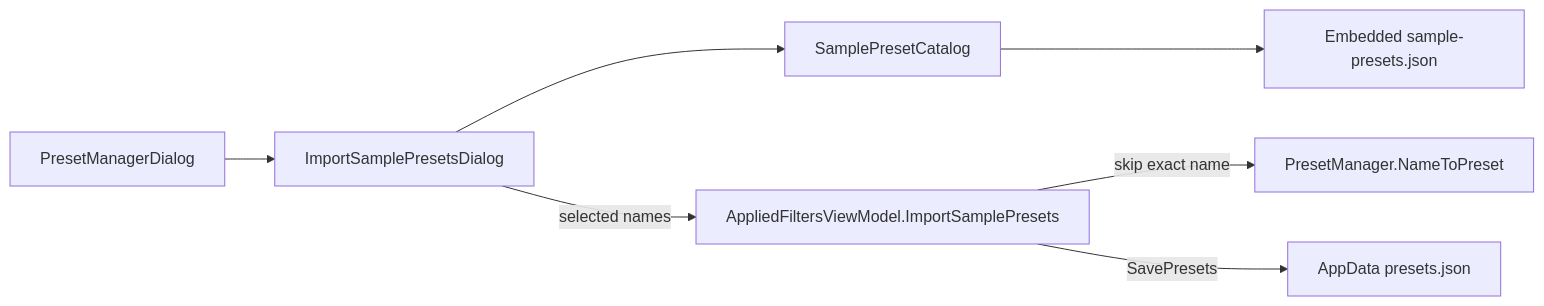
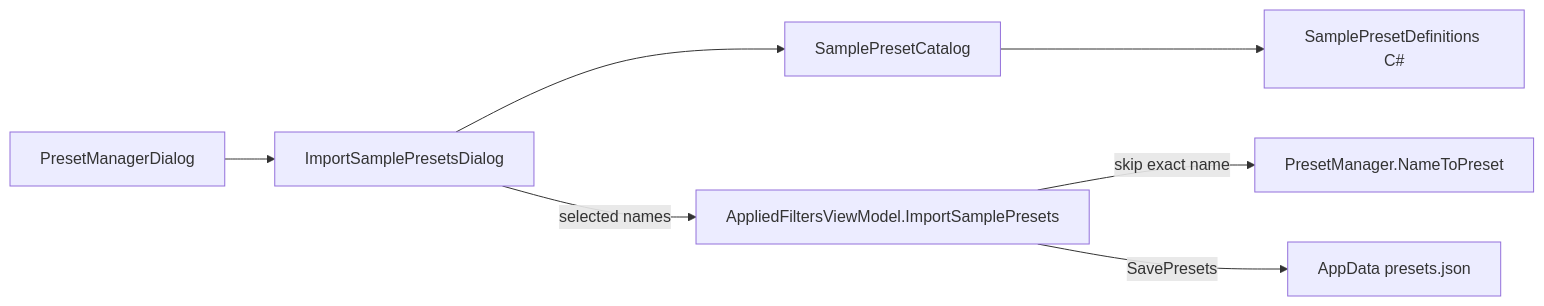
Before and after one commit to davidohana/finebytes: the diagram in docs/plans/sample-presets-import.plan.md, drawn with Mermaid. The commit also changed other lines of this file and 5 other files, not shown here.

First line of the commit message:
Refactor sample preset management by removing embedded JSON and implementing typed builders

````diff
--- a/docs/plans/sample-presets-import.plan.md
+++ b/docs/plans/sample-presets-import.plan.md
@@ -187,9 +187,9 @@
 ```mermaid
 flowchart LR
   mgr[PresetManagerDialog] --> dlg[ImportSamplePresetsDialog]
   dlg --> catalog[SamplePresetCatalog]
-  catalog --> json[Embedded sample-presets.json]
+  catalog --> defs[SamplePresetDefinitions C#]
   dlg -->|selected names| importApi[AppliedFiltersViewModel.ImportSamplePresets]
   importApi -->|skip exact name| pm[PresetManager.NameToPreset]
   importApi -->|SavePresets| disk[AppData presets.json]
 ```
````
